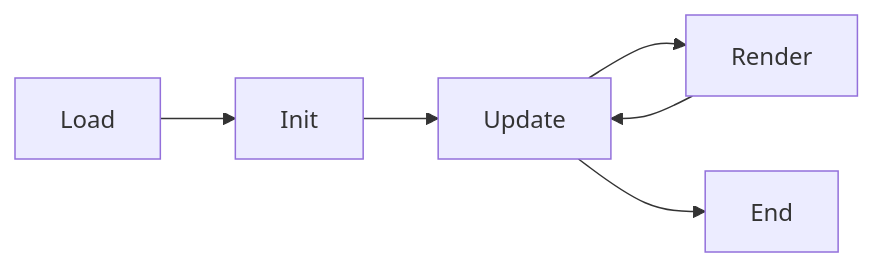
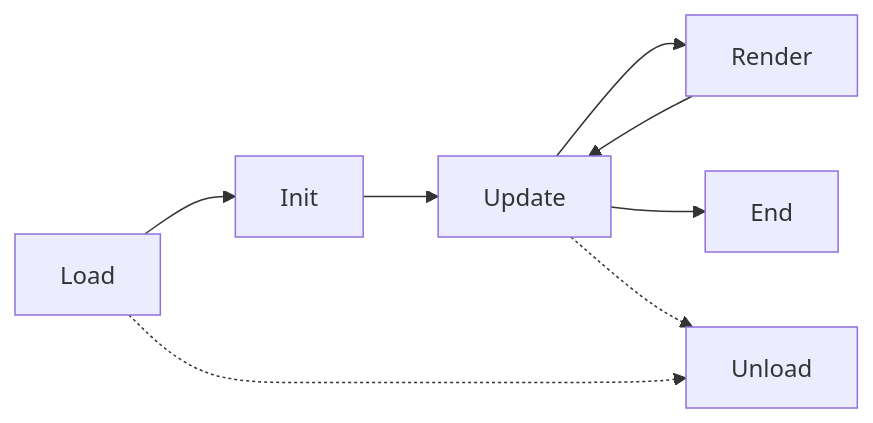
Before and after one commit to aoe2control/aoe2control.github.io: the diagram in docs/lifecycle.md, drawn with Mermaid. The commit also changed other lines of this file and 4 other files, not shown here.

````diff
--- a/docs/lifecycle.md
+++ b/docs/lifecycle.md
@@ -47,8 +53,10 @@
 ```mermaid
 flowchart LR
     L[Load] --> I[Init]
     I --> U[Update]
     U --> R[Render]
     R --> U
     U --> E[End]
+    U -.-> Un[Unload]
+    L -.-> Un
 ```
````
